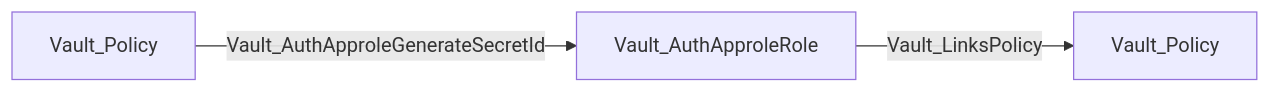
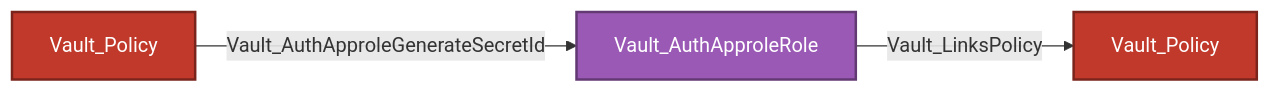
Before and after one commit to bytewreck/opengraph-vault: the seventh of 28 diagrams in Documentation/stores/AUTH.md, drawn with Mermaid. The commit also changed other lines of this file, not shown here.

````diff
--- a/Documentation/stores/AUTH.md
+++ b/Documentation/stores/AUTH.md
@@ -290,5 +323,8 @@
 ```mermaid
 flowchart LR
-    policy[Vault_Policy] -->|Vault_AuthApproleGenerateSecretId| role[Vault_AuthApproleRole]
-    role -->|Vault_LinksPolicy| granted[Vault_Policy]
+    policy[Vault_Policy]:::policyNode -->|Vault_AuthApproleGenerateSecretId| role[Vault_AuthApproleRole]:::authRoleNode
+    role -->|Vault_LinksPolicy| granted[Vault_Policy]:::policyNode
+
+    classDef policyNode fill:#C0392B,color:#fff,stroke:#7B241C,stroke-width:2px
+    classDef authRoleNode fill:#9B59B6,color:#fff,stroke:#633974,stroke-width:2px
 ```
````
